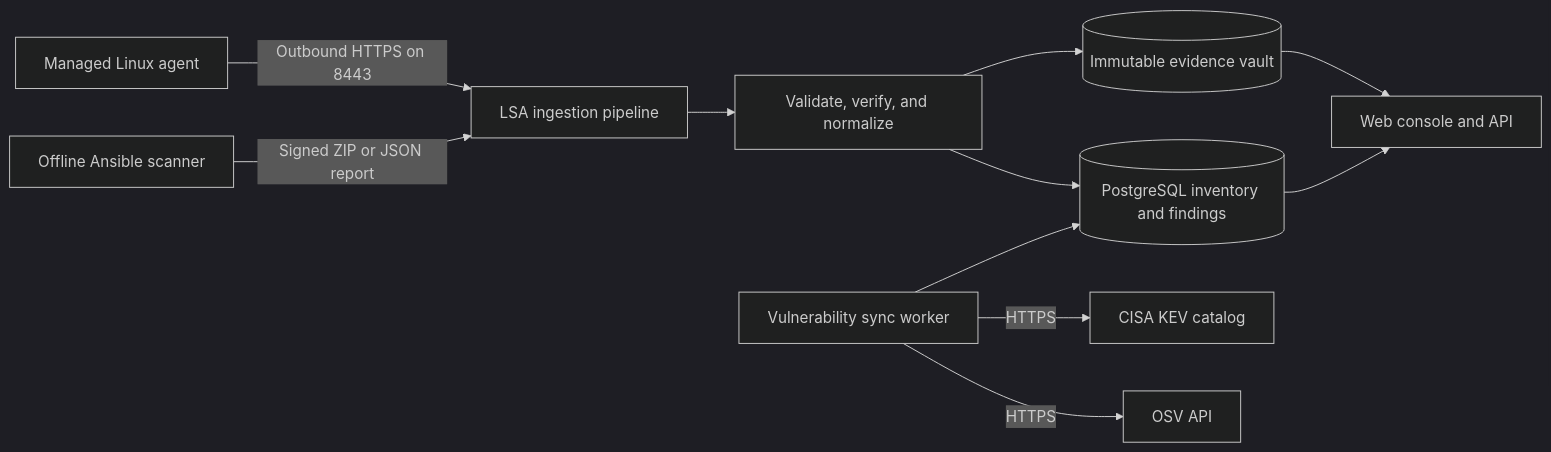
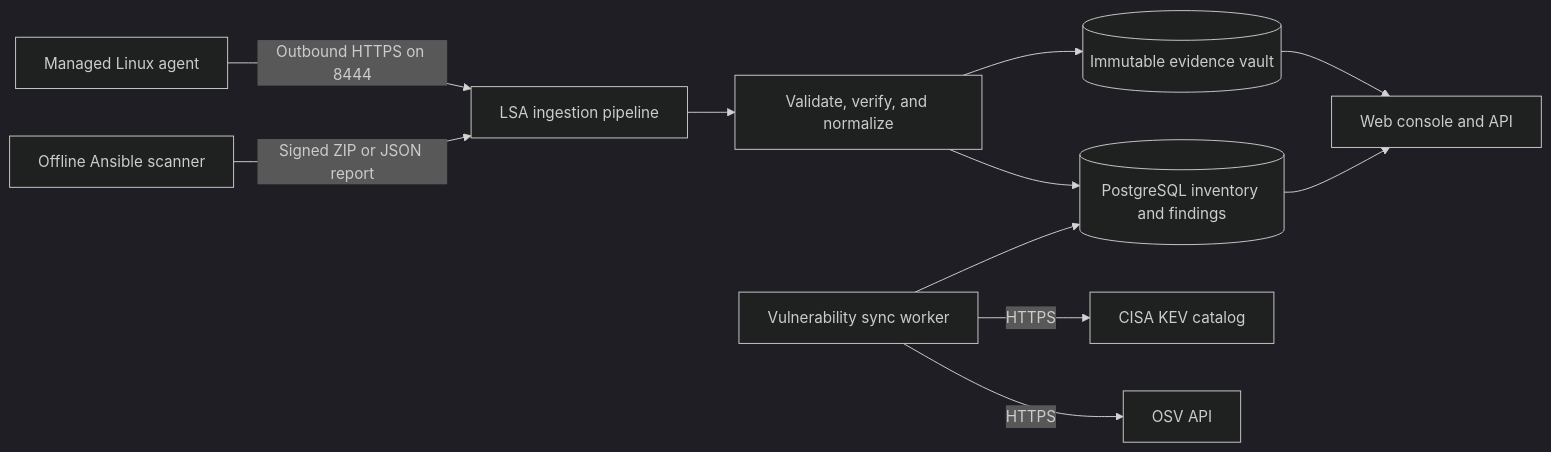
Before and after one commit to itamar-raanan/LSA: the diagram in README.md, drawn with Mermaid (dark theme). The commit also changed other lines of this file and 23 other files, not shown here.

````diff
--- a/README.md
+++ b/README.md
@@ -14,13 +14,13 @@
 ```mermaid
 flowchart LR
     O["Offline Ansible scanner"] -->|"Signed ZIP or JSON report"| I["LSA ingestion pipeline"]
-    A["Managed Linux agent"] -->|"Outbound HTTPS on 8443"| I
+    A["Managed Linux agent"] -->|"Outbound HTTPS on 8444"| I
     I --> V["Validate, verify, and normalize"]
     V --> D[("PostgreSQL inventory and findings")]
     V --> E[("Immutable evidence vault")]
     S["Vulnerability sync worker"] -->|"HTTPS"| OSV["OSV API"]
     S -->|"HTTPS"| K["CISA KEV catalog"]
     S --> D
     D --> C["Web console and API"]
     E --> C
 ```
````
